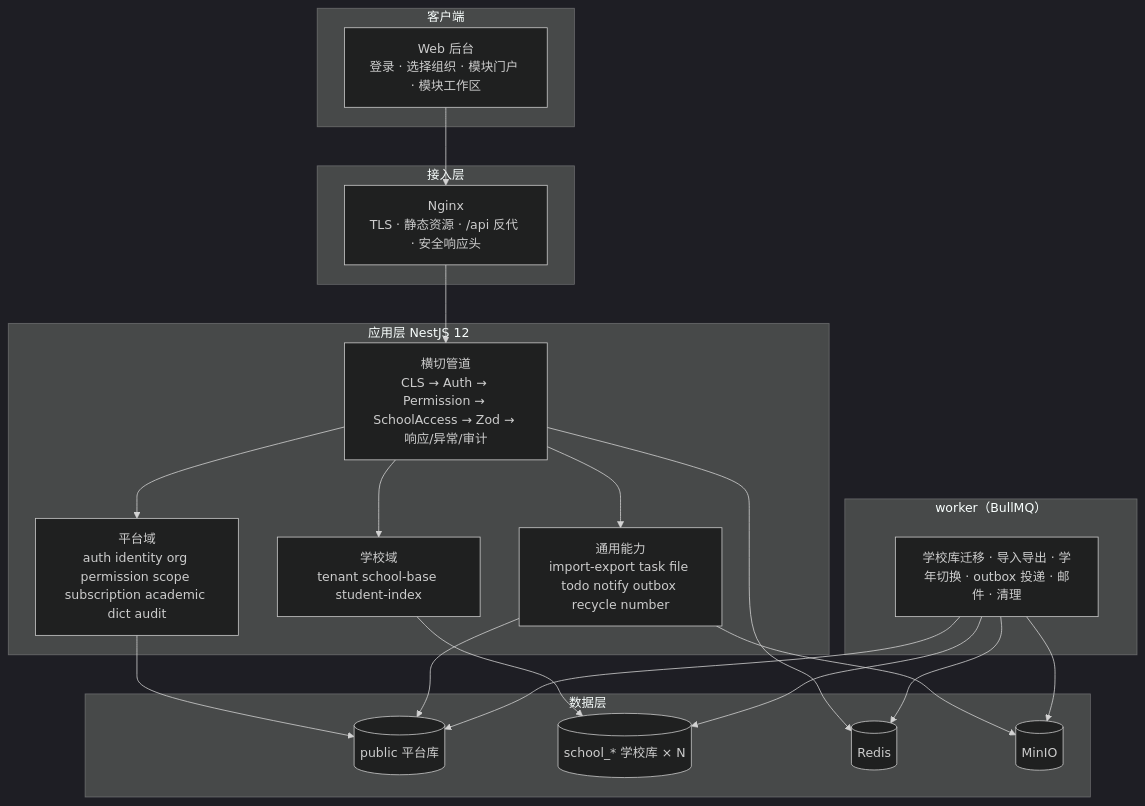
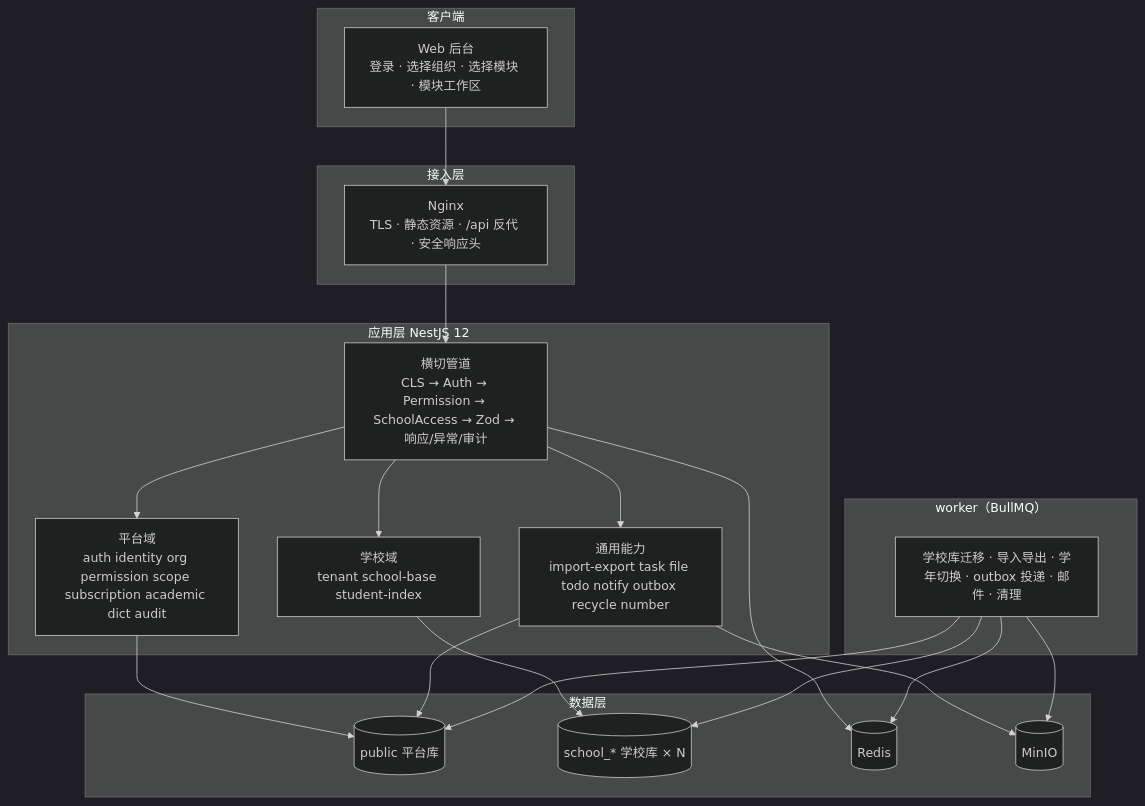
Before and after one commit to johnnywwy/smart-sport: the first of 4 diagrams in docs/ARCHITECTURE.md, drawn with Mermaid (dark theme). The commit also changed other lines of this file and 14 other files, not shown here.

````diff
--- a/docs/ARCHITECTURE.md
+++ b/docs/ARCHITECTURE.md
@@ -65,31 +66,31 @@
 ```mermaid
 flowchart TB
   subgraph Client["客户端"]
-    WEB["Web 后台<br/>登录 · 选择组织 · 模块门户 · 模块工作区"]
+    WEB["Web 后台<br/>登录 · 选择组织 · 选择模块 · 模块工作区"]
   end
   subgraph Edge["接入层"]
     NG["Nginx<br/>TLS · 静态资源 · /api 反代 · 安全响应头"]
   end
   subgraph App["应用层 NestJS 12"]
     PIPE["横切管道<br/>CLS → Auth → Permission → SchoolAccess → Zod → 响应/异常/审计"]
     PLAT["平台域<br/>auth identity org permission scope subscription academic dict audit"]
     TEN["学校域<br/>tenant school-base student-index"]
     FND["通用能力<br/>import-export task file todo notify outbox recycle number"]
   end
   subgraph Worker["worker（BullMQ）"]
     WK["学校库迁移 · 导入导出 · 学年切换 · outbox 投递 · 邮件 · 清理"]
   end
   subgraph Data["数据层"]
     PUB[("public 平台库")]
     SCH[("school_* 学校库 × N")]
     RD[("Redis")]
     S3[("MinIO")]
   end
   WEB --> NG --> PIPE
   PIPE --> PLAT & TEN & FND
   PLAT --> PUB
   TEN --> SCH
   FND --> PUB & S3
   PIPE --> RD
   WK --> PUB & SCH & RD & S3
 ```
````
